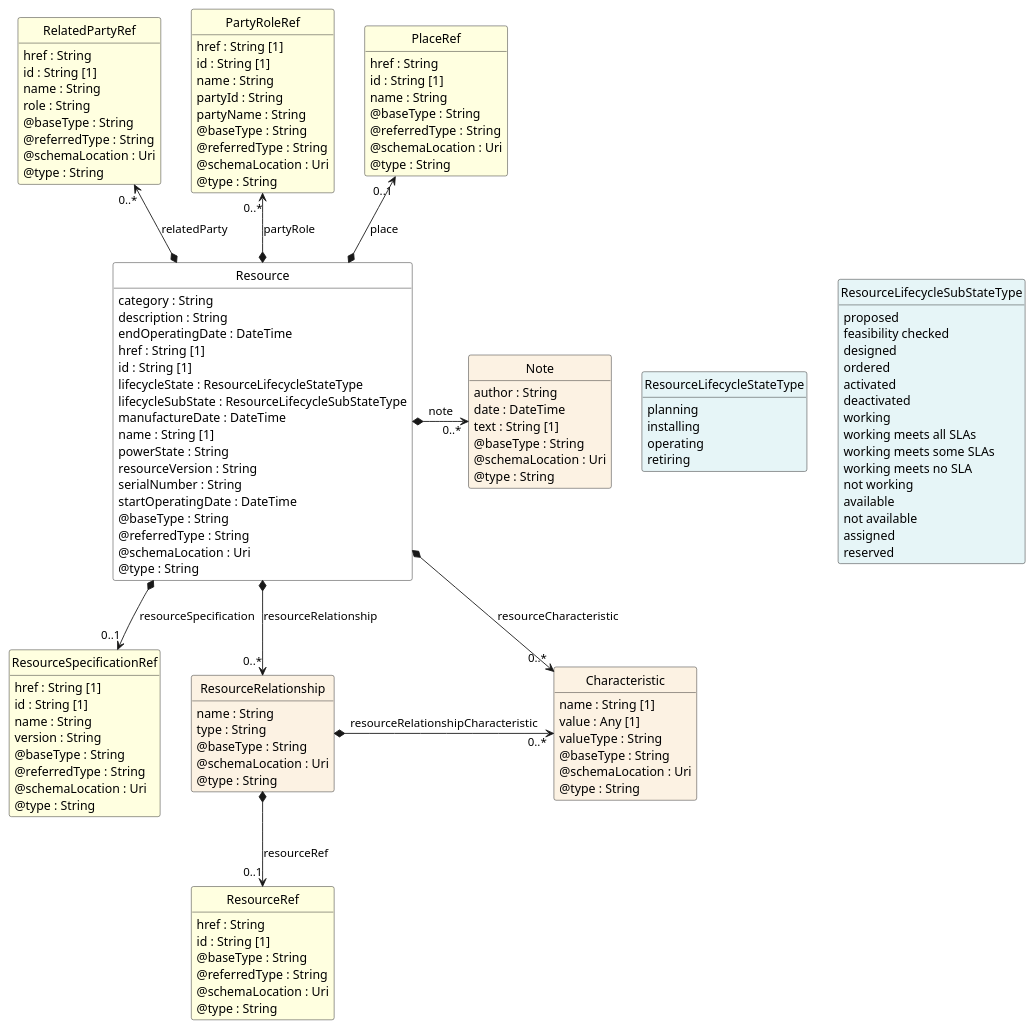
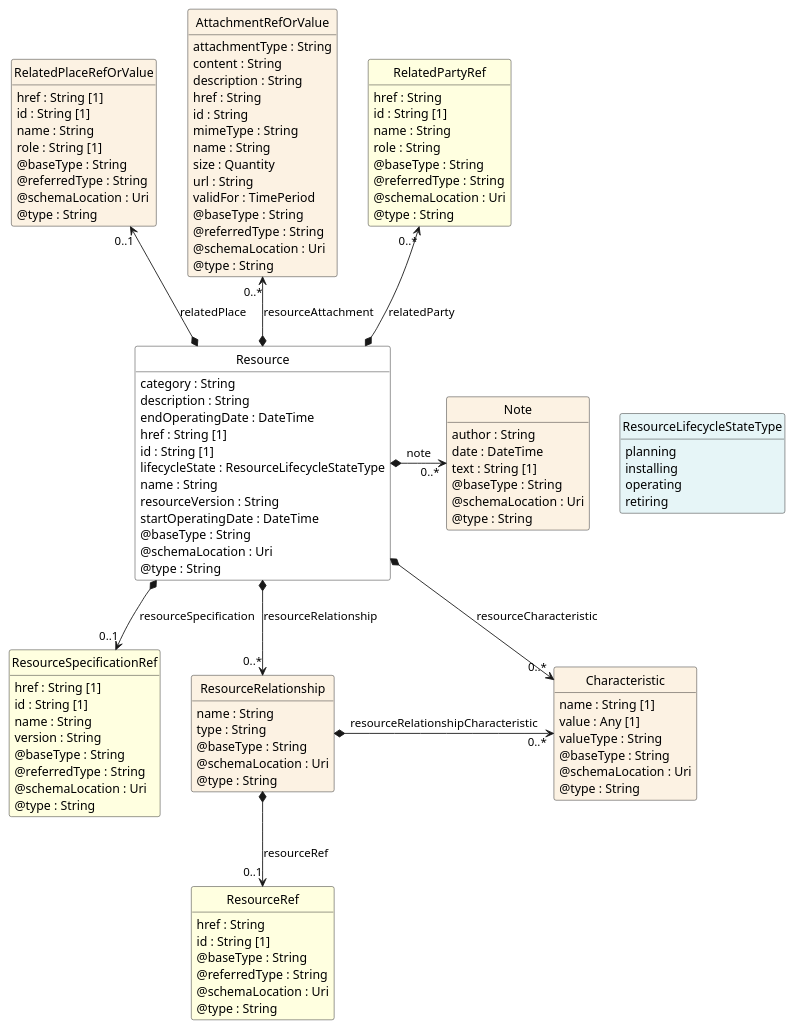
Before and after one commit to thobraun11/TMF639_Resource_Inventory: the diagram in documentation/diagrams/Resource_Resource.puml, drawn with PlantUML. The commit also changed 30 other files, not shown here.

```diff
--- a/documentation/diagrams/Resource_Resource.puml
+++ b/documentation/diagrams/Resource_Resource.puml
@@ -1,161 +1,142 @@
 @startuml
 hide circle
 hide methods
 hide stereotype
 show <<Enumeration>> stereotype
 skinparam class {
    BackgroundColor<<Enumeration>> #E6F5F7
    BackgroundColor<<Ref>> #FFFFE0
    BackgroundColor<<Pivot>> #FFFFFFF
    BackgroundColor #FCF2E3
 }
 
 class Resource  <<Pivot>> {
     category : String
     description : String
     endOperatingDate : DateTime
     href : String [1]
     id : String [1]
     lifecycleState : ResourceLifecycleStateType
-    lifecycleSubState : ResourceLifecycleSubStateType
-    manufactureDate : DateTime
-    name : String [1]
-    powerState : String
+    name : String
     resourceVersion : String
-    serialNumber : String
     startOperatingDate : DateTime
     @baseType : String
-    @referredType : String
     @schemaLocation : Uri
     @type : String
 }
 
 class ResourceLifecycleStateType <<Enumeration>> {
     planning
     installing
     operating
     retiring
 }
 
-class ResourceLifecycleSubStateType <<Enumeration>> {
-    proposed
-    feasibility checked
-    designed
-    ordered
-    activated
-    deactivated
-    working
-    working meets all SLAs
-    working meets some SLAs
-    working meets no SLA
-    not working
-    available
-    not available
-    assigned
-    reserved
+class RelatedPlaceRefOrValue  {
+    href : String [1]
+    id : String [1]
+    name : String
+    role : String [1]
+    @baseType : String
+    @referredType : String
+    @schemaLocation : Uri
+    @type : String
+}
+
+class AttachmentRefOrValue  {
+    attachmentType : String
+    content : String
+    description : String
+    href : String
+    id : String
+    mimeType : String
+    name : String
+    size : Quantity
+    url : String
+    validFor : TimePeriod
+    @baseType : String
+    @referredType : String
+    @schemaLocation : Uri
+    @type : String
 }
 
 class Note  {
     author : String
     date : DateTime
     text : String [1]
     @baseType : String
     @schemaLocation : Uri
     @type : String
 }
 
 class ResourceSpecificationRef  <<Ref>> {
     href : String [1]
     id : String [1]
     name : String
     version : String
     @baseType : String
     @referredType : String
     @schemaLocation : Uri
     @type : String
 }
 
 class Characteristic  {
     name : String [1]
     value : Any [1]
     valueType : String
     @baseType : String
     @schemaLocation : Uri
     @type : String
 }
 
 class RelatedPartyRef  <<Ref>> {
     href : String
     id : String [1]
     name : String
     role : String
     @baseType : String
     @referredType : String
     @schemaLocation : Uri
     @type : String
 }
 
-class PartyRoleRef  <<Ref>> {
-    href : String [1]
-    id : String [1]
-    name : String
-    partyId : String
-    partyName : String
-    @baseType : String
-    @referredType : String
-    @schemaLocation : Uri
-    @type : String
-}
-
 class ResourceRelationship  {
     name : String
     type : String
     @baseType : String
     @schemaLocation : Uri
     @type : String
 }
 
 class ResourceRef  <<Ref>> {
     href : String
     id : String [1]
     @baseType : String
     @referredType : String
     @schemaLocation : Uri
     @type : String
 }
 
-class PlaceRef  <<Ref>> {
-    href : String
-    id : String [1]
-    name : String
-    @baseType : String
-    @referredType : String
-    @schemaLocation : Uri
-    @type : String
-}
-
 Resource -right[hidden]-> ResourceLifecycleStateType
-
-ResourceLifecycleStateType -right[hidden]-> ResourceLifecycleSubStateType
 
 Resource *-->  "0..*" Characteristic : resourceCharacteristic
 
 Resource *-->  "0..*" ResourceRelationship : resourceRelationship
 
 ResourceRelationship *-right-> "0..*" Characteristic : resourceRelationshipCharacteristic
 
 Note "0..*" <-left-* Resource : note
 
-PlaceRef "0..1" <--* Resource : place
+RelatedPartyRef "0..*" <--* Resource : relatedParty
 
-PartyRoleRef "0..*" <--* Resource : partyRole
+RelatedPlaceRefOrValue "0..1" <--* Resource : relatedPlace
 
-RelatedPartyRef "0..*" <--* Resource : relatedParty
+AttachmentRefOrValue "0..*" <--* Resource : resourceAttachment
 
 Resource *-->  "0..1" ResourceSpecificationRef : resourceSpecification
 
 Characteristic <-left[hidden]- ResourceSpecificationRef
 
 ResourceRelationship *-->  "0..1" ResourceRef : resourceRef
 
 @enduml
```
